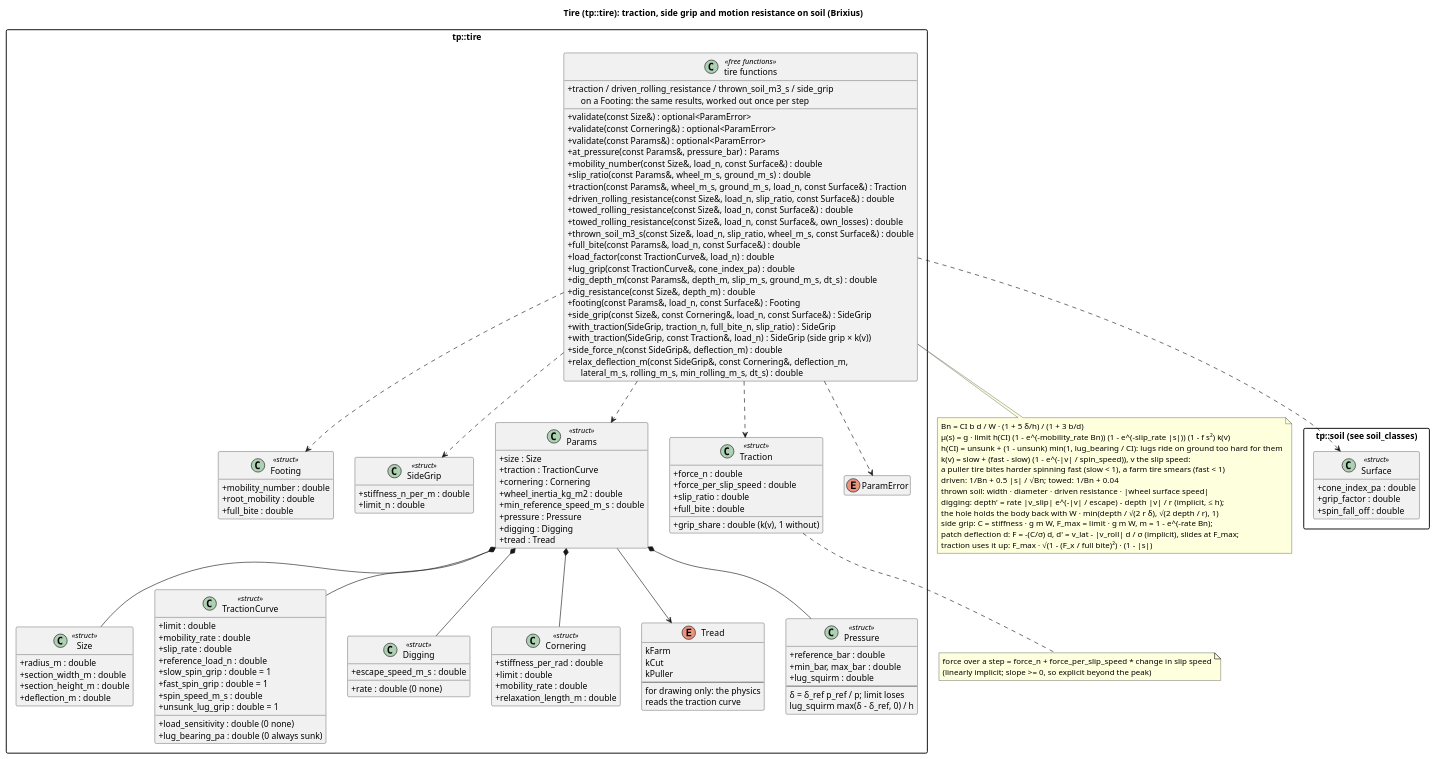
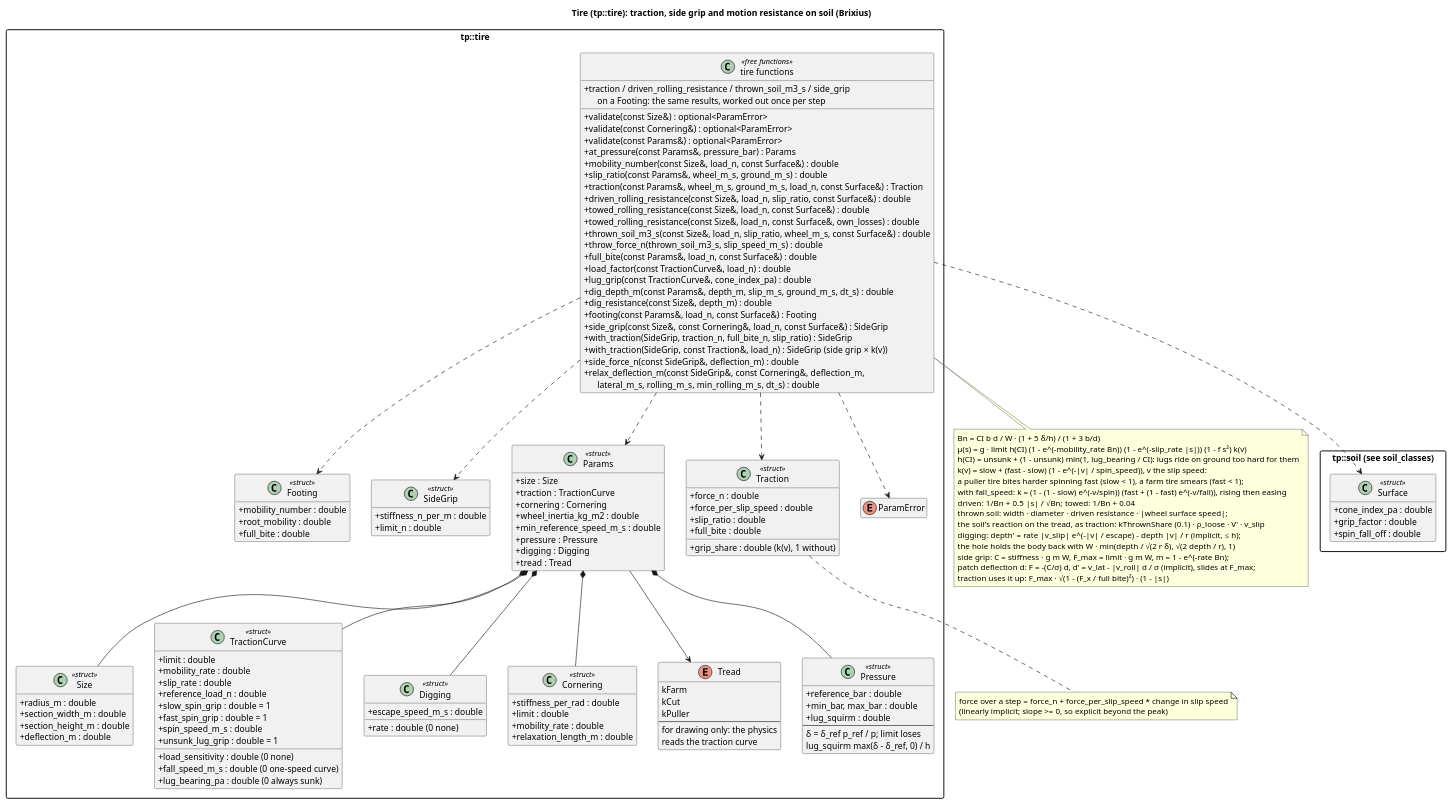
One commit to wversteeg/TractorPulling changed the diagram in docs/diagrams/tire_classes.puml. Above: the diagram before and after it, drawn with PlantUML. The commit also changed 71 other files, not shown here.

First line of the commit message:
Supersport pullers spin fast: grip, soil reaction, 12 t sled, launch clutch catch, sleds per level (#147)

```diff
--- a/docs/diagrams/tire_classes.puml
+++ b/docs/diagrams/tire_classes.puml
@@ -1,143 +1,147 @@
 @startuml tire_classes
 title Tire (tp::tire): traction, side grip and motion resistance on soil (Brixius)
 hide empty members
 skinparam packageStyle rectangle
 skinparam classAttributeIconSize 0
 
 package "tp::soil (see soil_classes)" {
   class Surface <<struct>> {
     +cone_index_pa : double
     +grip_factor : double
     +spin_fall_off : double
   }
 }
 
 package "tp::tire" {
   class Size <<struct>> {
     +radius_m : double
     +section_width_m : double
     +section_height_m : double
     +deflection_m : double
   }
   class TractionCurve <<struct>> {
     +limit : double
     +mobility_rate : double
     +slip_rate : double
     +load_sensitivity : double (0 none)
     +reference_load_n : double
     +slow_spin_grip : double = 1
     +fast_spin_grip : double = 1
     +spin_speed_m_s : double
+    +fall_speed_m_s : double (0 one-speed curve)
     +lug_bearing_pa : double (0 always sunk)
     +unsunk_lug_grip : double = 1
   }
   class Digging <<struct>> {
     +rate : double (0 none)
     +escape_speed_m_s : double
   }
   class Cornering <<struct>> {
     +stiffness_per_rad : double
     +limit : double
     +mobility_rate : double
     +relaxation_length_m : double
   }
   class Footing <<struct>> {
     +mobility_number : double
     +root_mobility : double
     +full_bite : double
   }
   class SideGrip <<struct>> {
     +stiffness_n_per_m : double
     +limit_n : double
   }
   class Params <<struct>> {
     +size : Size
     +traction : TractionCurve
     +cornering : Cornering
     +wheel_inertia_kg_m2 : double
     +min_reference_speed_m_s : double
     +pressure : Pressure
     +digging : Digging
     +tread : Tread
   }
   enum Tread {
     kFarm
     kCut
     kPuller
     --
     for drawing only: the physics
     reads the traction curve
   }
   class Pressure <<struct>> {
     +reference_bar : double
     +min_bar, max_bar : double
     +lug_squirm : double
     --
     δ = δ_ref p_ref / p; limit loses
     lug_squirm max(δ - δ_ref, 0) / h
   }
   class Traction <<struct>> {
     +force_n : double
     +force_per_slip_speed : double
     +slip_ratio : double
     +full_bite : double
     +grip_share : double (k(v), 1 without)
   }
   enum ParamError
   class "tire functions" as TireFns <<free functions>> {
     +validate(const Size&) : optional<ParamError>
     +validate(const Cornering&) : optional<ParamError>
     +validate(const Params&) : optional<ParamError>
     +at_pressure(const Params&, pressure_bar) : Params
     +mobility_number(const Size&, load_n, const Surface&) : double
     +slip_ratio(const Params&, wheel_m_s, ground_m_s) : double
     +traction(const Params&, wheel_m_s, ground_m_s, load_n, const Surface&) : Traction
     +driven_rolling_resistance(const Size&, load_n, slip_ratio, const Surface&) : double
     +towed_rolling_resistance(const Size&, load_n, const Surface&) : double
     +towed_rolling_resistance(const Size&, load_n, const Surface&, own_losses) : double
     +thrown_soil_m3_s(const Size&, load_n, slip_ratio, wheel_m_s, const Surface&) : double
+    +throw_force_n(thrown_soil_m3_s, slip_speed_m_s) : double
     +full_bite(const Params&, load_n, const Surface&) : double
     +load_factor(const TractionCurve&, load_n) : double
     +lug_grip(const TractionCurve&, cone_index_pa) : double
     +dig_depth_m(const Params&, depth_m, slip_m_s, ground_m_s, dt_s) : double
     +dig_resistance(const Size&, depth_m) : double
     +footing(const Params&, load_n, const Surface&) : Footing
     +traction / driven_rolling_resistance / thrown_soil_m3_s / side_grip\n      on a Footing: the same results, worked out once per step
     +side_grip(const Size&, const Cornering&, load_n, const Surface&) : SideGrip
     +with_traction(SideGrip, traction_n, full_bite_n, slip_ratio) : SideGrip
     +with_traction(SideGrip, const Traction&, load_n) : SideGrip  (side grip × k(v))
     +side_force_n(const SideGrip&, deflection_m) : double
     +relax_deflection_m(const SideGrip&, const Cornering&, deflection_m,\n      lateral_m_s, rolling_m_s, min_rolling_m_s, dt_s) : double
   }
   Params *-- Size
   Params *-- TractionCurve
   Params *-- Cornering
   Params *-- Pressure
   Params *-- Digging
   Params --> Tread
   TireFns ..> SideGrip
   TireFns ..> Footing
   TireFns ..> Params
   TireFns ..> Traction
   TireFns ..> ParamError
   TireFns ..> Surface
 }
 note bottom of TireFns
   Bn = CI b d / W · (1 + 5 δ/h) / (1 + 3 b/d)
   μ(s) = g · limit h(CI) (1 - e^(-mobility_rate Bn)) (1 - e^(-slip_rate |s|)) (1 - f s²) k(v)
   h(CI) = unsunk + (1 - unsunk) min(1, lug_bearing / CI): lugs ride on ground too hard for them
   k(v) = slow + (fast - slow) (1 - e^(-|v| / spin_speed)), v the slip speed:
-  a puller tire bites harder spinning fast (slow < 1), a farm tire smears (fast < 1)
+  a puller tire bites harder spinning fast (slow < 1), a farm tire smears (fast < 1);
+  with fall_speed: k = (1 - (1 - slow) e^(-v/spin)) (fast + (1 - fast) e^(-v/fall)), rising then easing
   driven: 1/Bn + 0.5 |s| / √Bn;  towed: 1/Bn + 0.04
-  thrown soil: width · diameter · driven resistance · |wheel surface speed|
+  thrown soil: width · diameter · driven resistance · |wheel surface speed|;
+  the soil's reaction on the tread, as traction: kThrownShare (0.1) · ρ_loose · V' · v_slip
   digging: depth' = rate |v_slip| e^(-|v| / escape) - depth |v| / r (implicit, ≤ h);
   the hole holds the body back with W · min(depth / √(2 r δ), √(2 depth / r), 1)
   side grip: C = stiffness · g m W, F_max = limit · g m W, m = 1 - e^(-rate Bn);
   patch deflection d: F = -(C/σ) d, d' = v_lat - |v_roll| d / σ (implicit), slides at F_max;
   traction uses it up: F_max · √(1 - (F_x / full bite)²) · (1 - |s|)
 end note
 note bottom of Traction
   force over a step = force_n + force_per_slip_speed * change in slip speed
   (linearly implicit; slope >= 0, so explicit beyond the peak)
 end note
 @enduml
```
